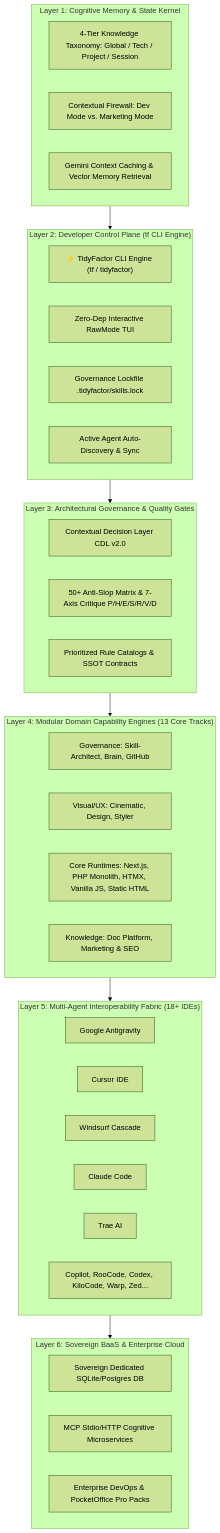
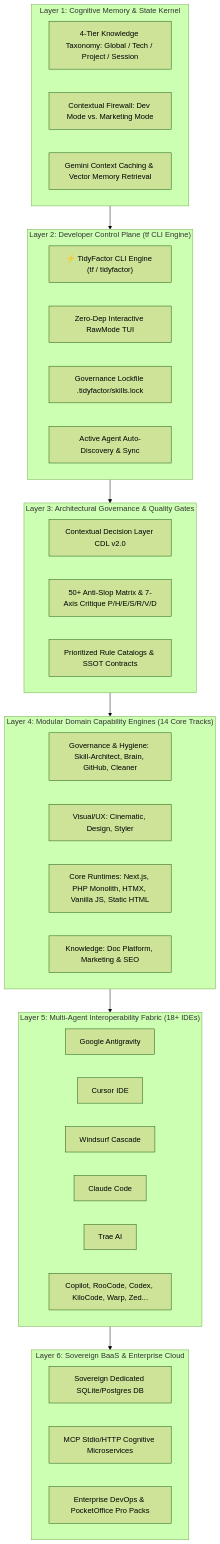
The diagram in README.md (TidyFactor/TidyFactor), drawn with Mermaid (forest theme) before and after one commit. The commit also changed other lines of this file and 7 other files, not shown here.

Commit message:
feat: release v2.2.0 — add TidyFactor Cleaner, update ecosystem versions and 14-skill matrix

````diff
--- a/README.md
+++ b/README.md
@@ -121,49 +121,49 @@
 ```mermaid
 graph TD
     subgraph Layer6 ["Layer 6: Sovereign BaaS & Enterprise Cloud"]
         CloudDB[Sovereign Dedicated SQLite/Postgres DB]
         BaaSAPI[MCP Stdio/HTTP Cognitive Microservices]
         ProPacks[Enterprise DevOps & PocketOffice Pro Packs]
     end
 
     subgraph Layer5 ["Layer 5: Multi-Agent Interoperability Fabric (18+ IDEs)"]
         Antigravity[Google Antigravity]
         Cursor[Cursor IDE]
         Windsurf[Windsurf Cascade]
         Claude[Claude Code]
         Trae[Trae AI]
         OtherAgents[Copilot, RooCode, Codex, KiloCode, Warp, Zed...]
     end
 
-    subgraph Layer4 ["Layer 4: Modular Domain Capability Engines (13 Core Tracks)"]
-        GovEngines["Governance: Skill-Architect, Brain, GitHub"]
+    subgraph Layer4 ["Layer 4: Modular Domain Capability Engines (14 Core Tracks)"]
+        GovEngines["Governance & Hygiene: Skill-Architect, Brain, GitHub, Cleaner"]
         DesignEngines["Visual/UX: Cinematic, Design, Styler"]
         CoreRuntimes["Core Runtimes: Next.js, PHP Monolith, HTMX, Vanilla JS, Static HTML"]
         DocGrowth["Knowledge: Doc Platform, Marketing & SEO"]
     end
 
     subgraph Layer3 ["Layer 3: Architectural Governance & Quality Gates"]
         CDL[Contextual Decision Layer CDL v2.0]
         QualityGates[50+ Anti-Slop Matrix & 7-Axis Critique P/H/E/S/R/V/D]
         RuleCatalogs[Prioritized Rule Catalogs & SSOT Contracts]
     end
 
     subgraph Layer2 ["Layer 2: Developer Control Plane (tf CLI Engine)"]
         CLIControl["⚡ TidyFactor CLI Engine (tf / tidyfactor)"]
         TUI[Zero-Dep Interactive RawMode TUI]
         Lockfile[Governance Lockfile .tidyfactor/skills.lock]
         SyncEngine[Active Agent Auto-Discovery & Sync]
     end
 
     subgraph Layer1 ["Layer 1: Cognitive Memory & State Kernel"]
         MemoryOS[4-Tier Knowledge Taxonomy: Global / Tech / Project / Session]
         Firewall[Contextual Firewall: Dev Mode vs. Marketing Mode]
         VSS[Gemini Context Caching & Vector Memory Retrieval]
     end
 
     Layer1 --> Layer2
     Layer2 --> Layer3
     Layer3 --> Layer4
     Layer4 --> Layer5
     Layer5 --> Layer6
 ```
````
